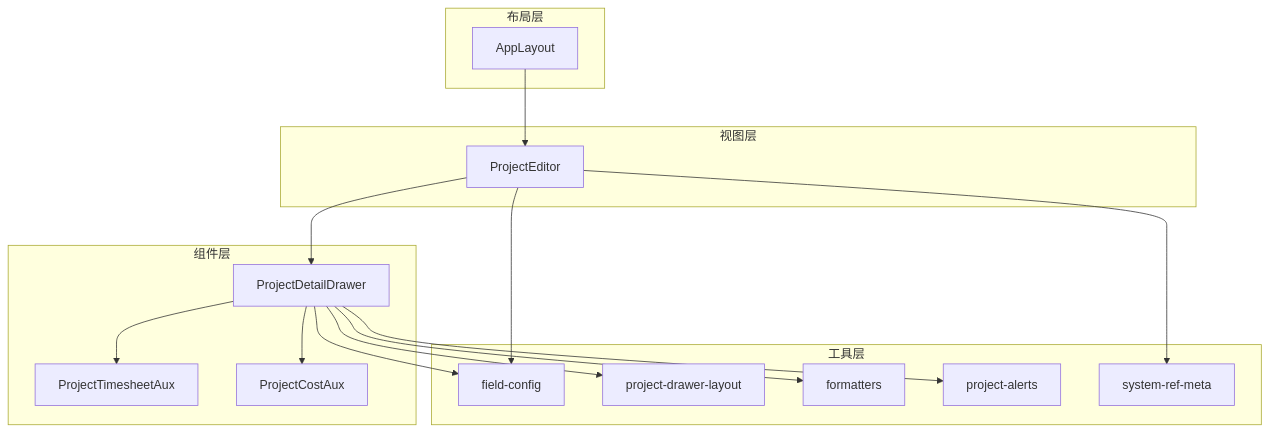
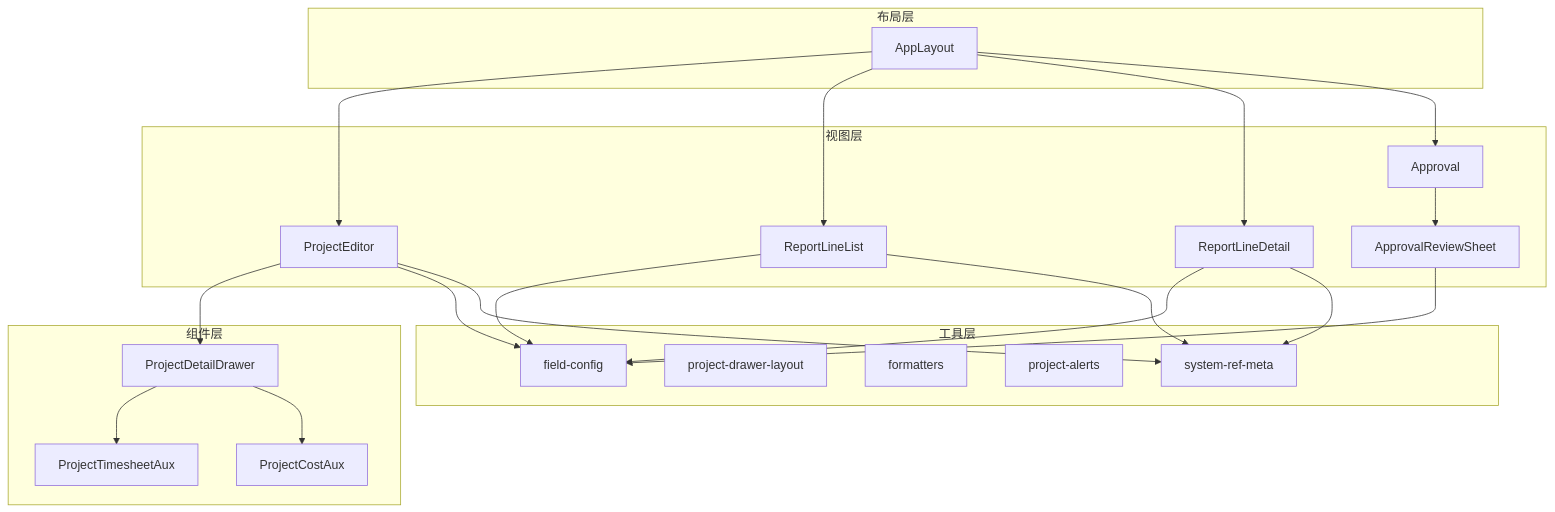
One commit to marcelxu0272/202605_project-tracking-table changed the second of 11 diagrams in .qoder/repowiki/zh/content/前端架构/组件系统/组件系统.md. Above: the diagram before and after it, drawn with Mermaid. The commit also changed other lines of this file and 17 other files, not shown here.

````diff
--- a/.qoder/repowiki/zh/content/前端架构/组件系统/组件系统.md
+++ b/.qoder/repowiki/zh/content/前端架构/组件系统/组件系统.md
@@ -143,31 +187,40 @@
 ```mermaid
 graph TB
 subgraph "布局层"
 AppLayout["AppLayout"]
 end
 subgraph "视图层"
 ProjectEditor["ProjectEditor"]
+ReportLineList["ReportLineList"]
+ReportLineDetail["ReportLineDetail"]
+Approval["Approval"]
+ApprovalReviewSheet["ApprovalReviewSheet"]
 end
 subgraph "组件层"
 Drawer["ProjectDetailDrawer"]
 AuxTS["ProjectTimesheetAux"]
 AuxCost["ProjectCostAux"]
 end
 subgraph "工具层"
 FieldCfg["field-config"]
 DrawerLayout["project-drawer-layout"]
 Formatters["formatters"]
 Alerts["project-alerts"]
 SysRef["system-ref-meta"]
 end
 AppLayout --> ProjectEditor
+AppLayout --> ReportLineList
+AppLayout --> ReportLineDetail
+AppLayout --> Approval
 ProjectEditor --> Drawer
 Drawer --> AuxTS
 Drawer --> AuxCost
-Drawer --> FieldCfg
-Drawer --> DrawerLayout
-Drawer --> Formatters
-Drawer --> Alerts
+ReportLineList --> FieldCfg
+ReportLineDetail --> FieldCfg
+Approval --> ApprovalReviewSheet
+ApprovalReviewSheet --> FieldCfg
 ProjectEditor --> FieldCfg
 ProjectEditor --> SysRef
+ReportLineList --> SysRef
+ReportLineDetail --> SysRef
 ```
````
